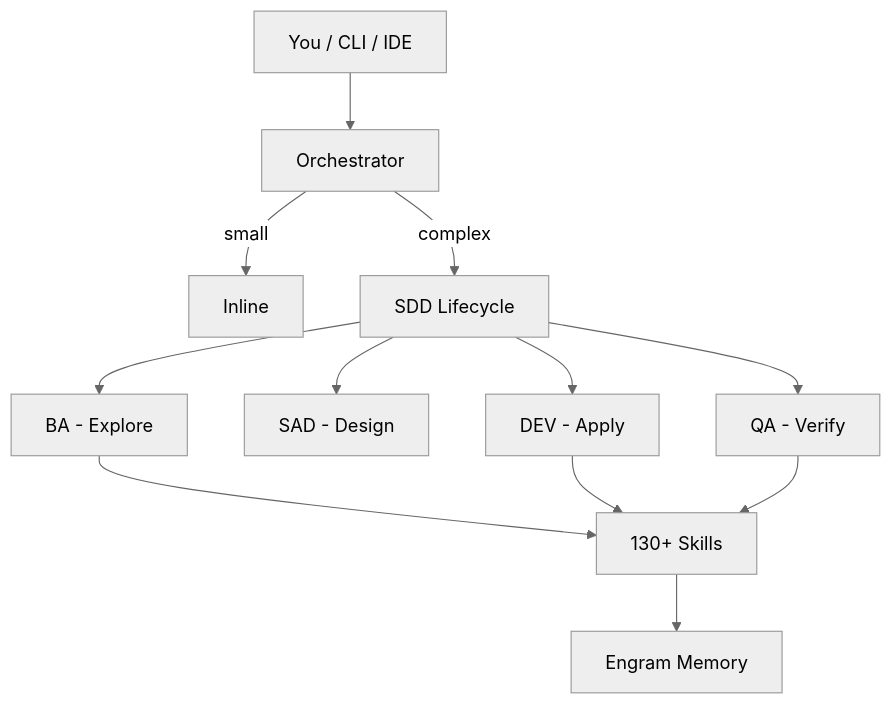
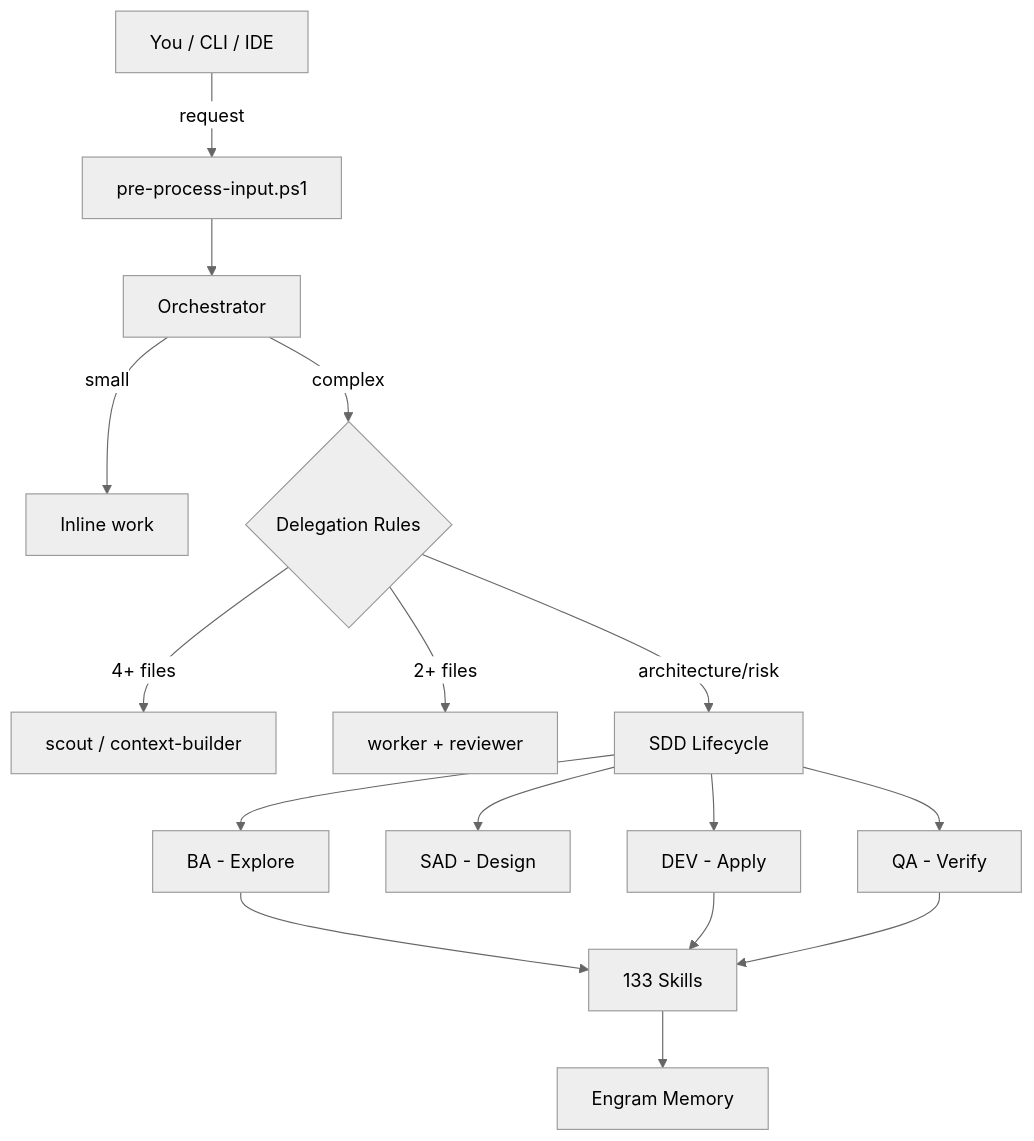
Before and after one commit to EmmanuelOrtiz87/gentle-vanguard: the diagram in README.md, drawn with Mermaid (neutral theme). The commit also changed other lines of this file, not shown here.

Commit message:
docs: restore comprehensive README with governance-aligned structure — 17 agents, 133 skills, 10 tool-compatible

````diff
--- a/README.md
+++ b/README.md
@@ -33,15 +39,23 @@
 ```mermaid
 flowchart TB
     YOU[You / CLI / IDE]
-    YOU --> ORC[Orchestrator]
-    ORC -->|small| INLINE[Inline]
-    ORC -->|complex| SDD[SDD Lifecycle]
+    YOU -->|request| PP[pre-process-input.ps1]
+    PP --> ORC[Orchestrator]
+
+    ORC -->|small| INLINE[Inline work]
+    ORC -->|complex| DELEGATE{Delegation Rules}
+    DELEGATE -->|4+ files| SCOUT[scout / context-builder]
+    DELEGATE -->|2+ files| WORKER[worker + reviewer]
+    DELEGATE -->|architecture/risk| SDD[SDD Lifecycle]
+
     SDD --> BA[BA - Explore]
     SDD --> SAD[SAD - Design]
     SDD --> DEV[DEV - Apply]
     SDD --> QA[QA - Verify]
-    BA --> SKILLS[130+ Skills]
+
+    BA --> SKILLS[133 Skills]
     DEV --> SKILLS
     QA --> SKILLS
+
     SKILLS --> MEM[Engram Memory]
 ```
````
